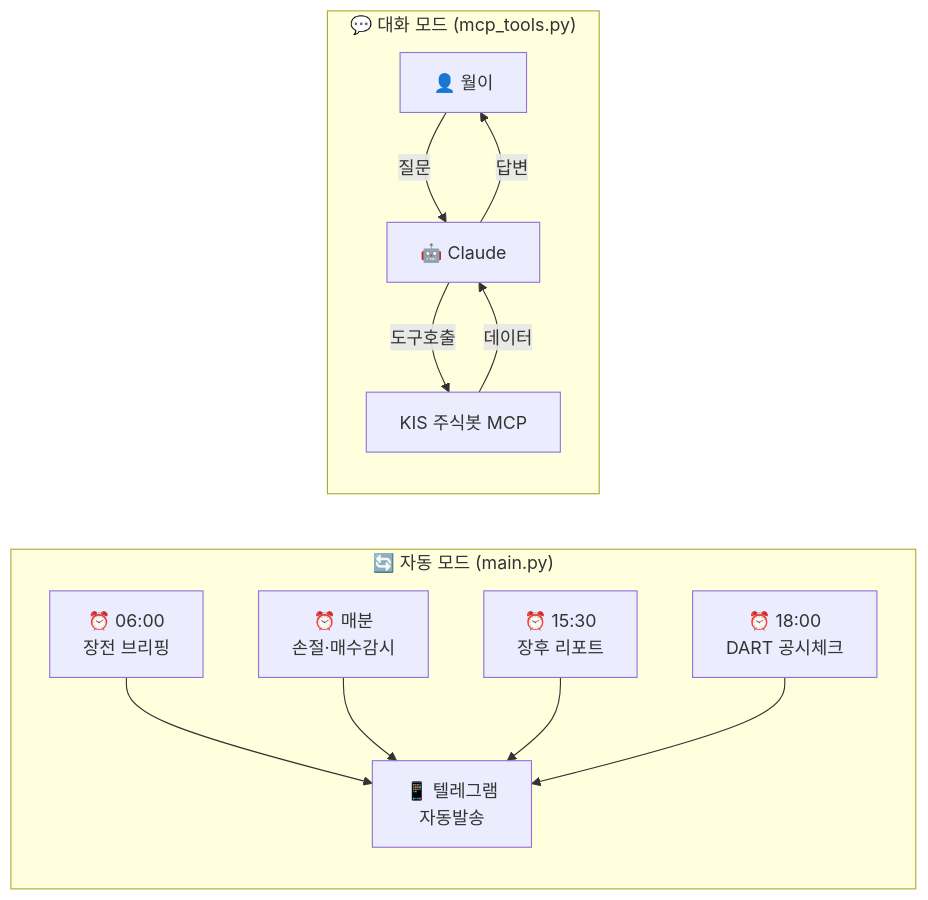
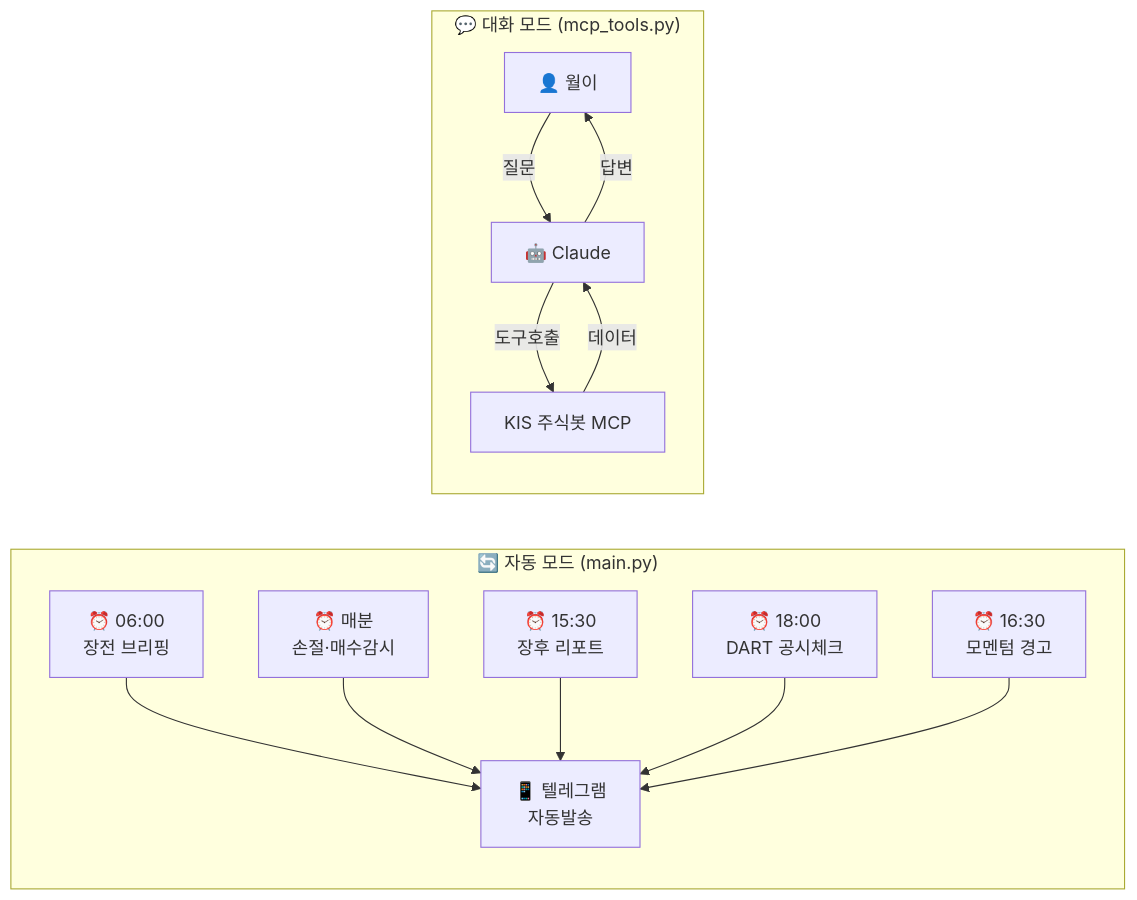
One commit to ysjms11/stock-bot changed the third of 3 diagrams in data/ARCHITECTURE.md. Above: the diagram before and after it, drawn with Mermaid. The commit also changed other lines of this file, not shown here.

First line of the commit message:
update: ARCHITECTURE.md v2 - 인프라 섹션 + PENDING 추가

````diff
--- a/data/ARCHITECTURE.md
+++ b/data/ARCHITECTURE.md
@@ -58,26 +98,28 @@
 ```mermaid
 flowchart LR
     subgraph AUTO["🔄 자동 모드 (main.py)"]
         direction TB
         S1[⏰ 06:00<br/>장전 브리핑]
         S2[⏰ 매분<br/>손절·매수감시]
         S3[⏰ 15:30<br/>장후 리포트]
         S4[⏰ 18:00<br/>DART 공시체크]
+        S5[⏰ 16:30<br/>모멘텀 경고]
         TG[📱 텔레그램<br/>자동발송]
         S1 --> TG
         S2 --> TG
         S3 --> TG
         S4 --> TG
+        S5 --> TG
     end
 
     subgraph CHAT["💬 대화 모드 (mcp_tools.py)"]
         direction TB
         U[👤 월이]
         CC[🤖 Claude]
         BOT[KIS 주식봇 MCP]
         U -->|질문| CC
         CC -->|도구호출| BOT
         BOT -->|데이터| CC
         CC -->|답변| U
     end
 ```
````
